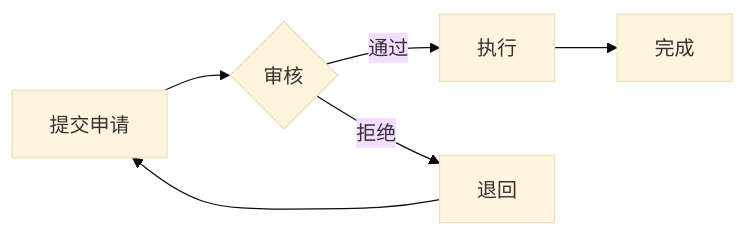
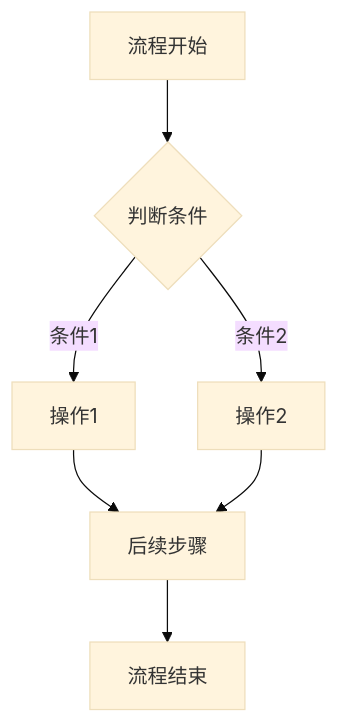
Before and after one commit to zhangloveyan/backend-skill: the diagram in .claude/skills/proj-analyze-req/templates/req-doc.md, drawn with Mermaid (base theme). The commit also changed other lines of this file and 17 other files, not shown here.

````diff
--- a/.claude/skills/proj-analyze-req/templates/req-doc.md
+++ b/.claude/skills/proj-analyze-req/templates/req-doc.md
@@ -43,8 +74,9 @@
 ```mermaid
-flowchart LR
-    A[提交申请] --> B{审核}
-    B -->|通过| C[执行]
-    B -->|拒绝| D[退回]
-    C --> E[完成]
-    D --> A
+graph TD
+    A[流程开始] --> B{判断条件}
+    B -->|条件1| C[操作1]
+    B -->|条件2| D[操作2]
+    C --> E[后续步骤]
+    D --> E
+    E --> F[流程结束]
 ```
````
